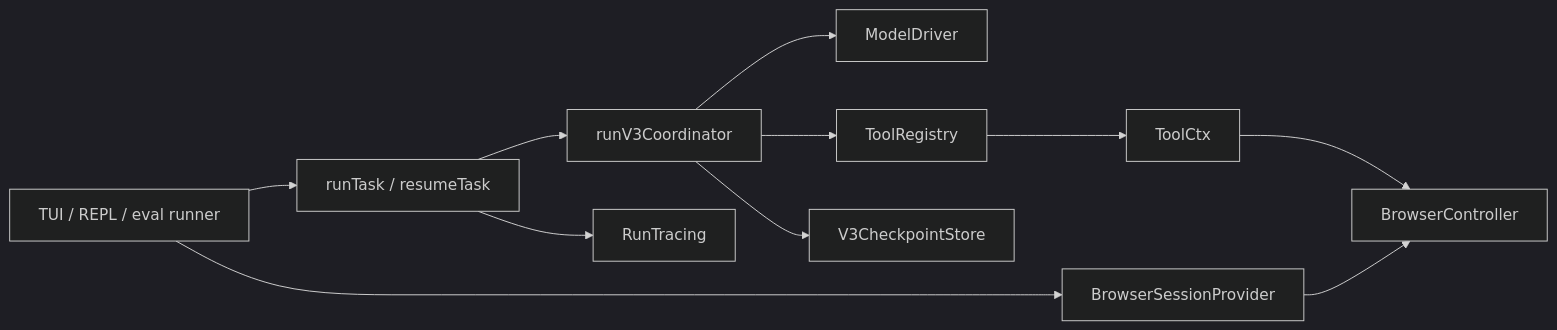
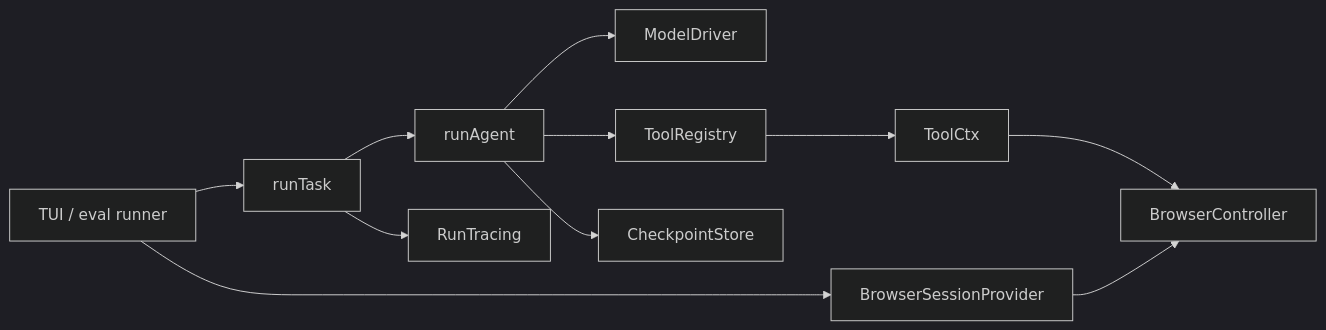
Before and after one commit to briosolivares/evidence-collection-agent: the diagram in .agents/summary/interfaces.md, drawn with Mermaid (dark theme). The commit also changed other lines of this file and 14 other files, not shown here.

Commit message:
docs: refresh simplified production architecture

````diff
--- a/.agents/summary/interfaces.md
+++ b/.agents/summary/interfaces.md
@@ -7,13 +7,13 @@
 ```mermaid
 flowchart LR
-    UI["TUI / REPL / eval runner"] --> API["runTask / resumeTask"]
-    API --> COORD["runV3Coordinator"]
+    UI["TUI / eval runner"] --> API["runTask"]
+    API --> COORD["runAgent"]
     COORD --> MD["ModelDriver"]
     COORD --> REG["ToolRegistry"]
     REG --> CTX["ToolCtx"]
     CTX --> B["BrowserController"]
     UI --> SP["BrowserSessionProvider"]
     SP --> B
     API --> TR["RunTracing"]
-    COORD --> CP["V3CheckpointStore"]
+    COORD --> CP["CheckpointStore"]
 ```
````
